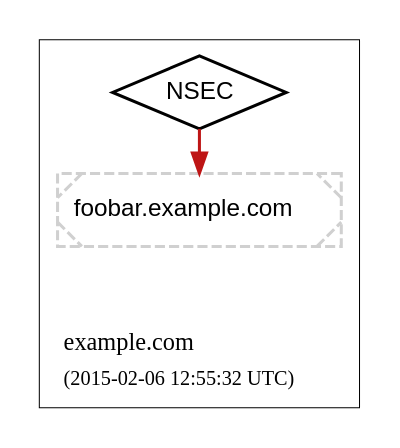
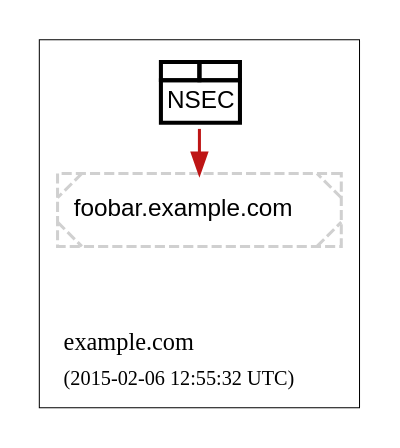
Before and after one commit to dnsviz/dnsviz: the diagram in doc/dot/nsec-invalid.dot, drawn with Graphviz. The commit also changed 23 other files, not shown here.

```diff
--- a/doc/dot/nsec-invalid.dot
+++ b/doc/dot/nsec-invalid.dot
@@ -1,28 +1,32 @@
 digraph {
   graph [compound=true, rankdir=BT, ranksep=0.3];
 	node [label="\N",
 		penwidth=1.5
 	];
 	edge [penwidth=1.5];
 
   subgraph "cluster_example.com" {
 		graph [label=<<TABLE BORDER="0"><TR><TD ALIGN="LEFT"><FONT POINT-SIZE="12">example.com</FONT></TD></TR><TR><TD ALIGN="LEFT"><FONT POINT-SIZE="10">(2015-02-06 12:55:32 UTC)</FONT></TD></TR></TABLE>>,
 				labeljust=l,
 				penwidth=0.5
 		];
 		"cluster_example.com_top" [shape=point, style=invis];
 		"cluster_example.com_bottom" [shape=point, style=invis];
     "RRset-0|foobar.example.com|A" [color="#d0d0d0",
 						fillcolor="#ffffff",
 						label=<<FONT POINT-SIZE="12" FACE="Helvetica">foobar.example.com</FONT>>,
 						shape=rectangle,
 						style="rounded,filled,dashed,diagonals"];
 		"NSEC-0|foobar.example.com|A" [color="#000000",
 						fillcolor="#ffffff",
-						label=<<FONT POINT-SIZE="12" FACE="Helvetica">NSEC</FONT>>,
-						shape=diamond,
+            label=<<TABLE COLOR="#000000" BORDER="0" CELLSPACING="-2" CELLPADDING="0" BGCOLOR="#ffffff"><TR>
+<TD PORT="nsec1" BORDER="2"><FONT POINT-SIZE="6"> </FONT></TD>
+<TD PORT="nsec2" BORDER="2"><FONT POINT-SIZE="6"> </FONT></TD>
+</TR><TR><TD COLSPAN="2" BORDER="2" CELLPADDING="3"><FONT POINT-SIZE="12" FACE="Helvetica">NSEC</FONT></TD></TR>
+</TABLE>>,
+						shape=none,
 						style=filled];
   }
 	"cluster_example.com_bottom" -> "RRset-0|foobar.example.com|A" [style=invis];
 	"RRset-0|foobar.example.com|A" -> "NSEC-0|foobar.example.com|A" [color="#be1515", dir=back, style=solid];
 }
```
